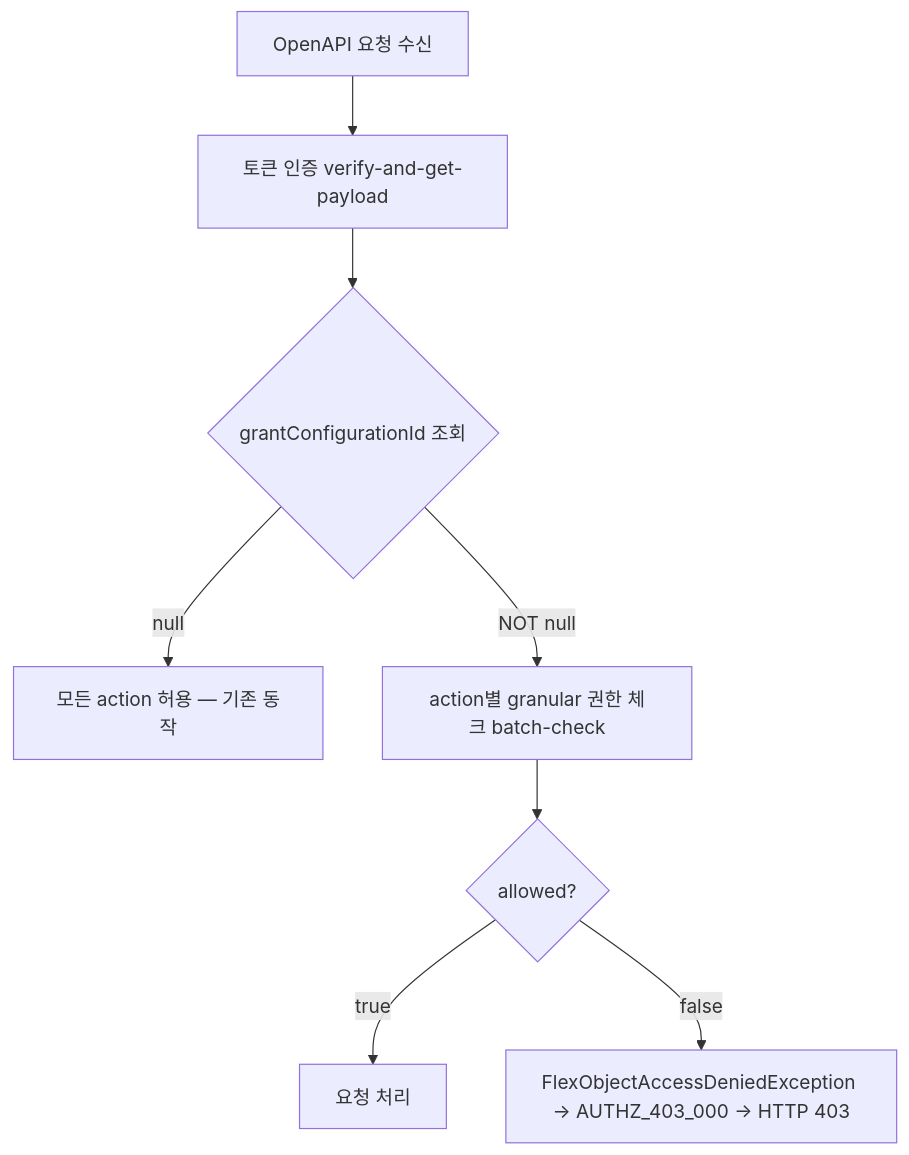
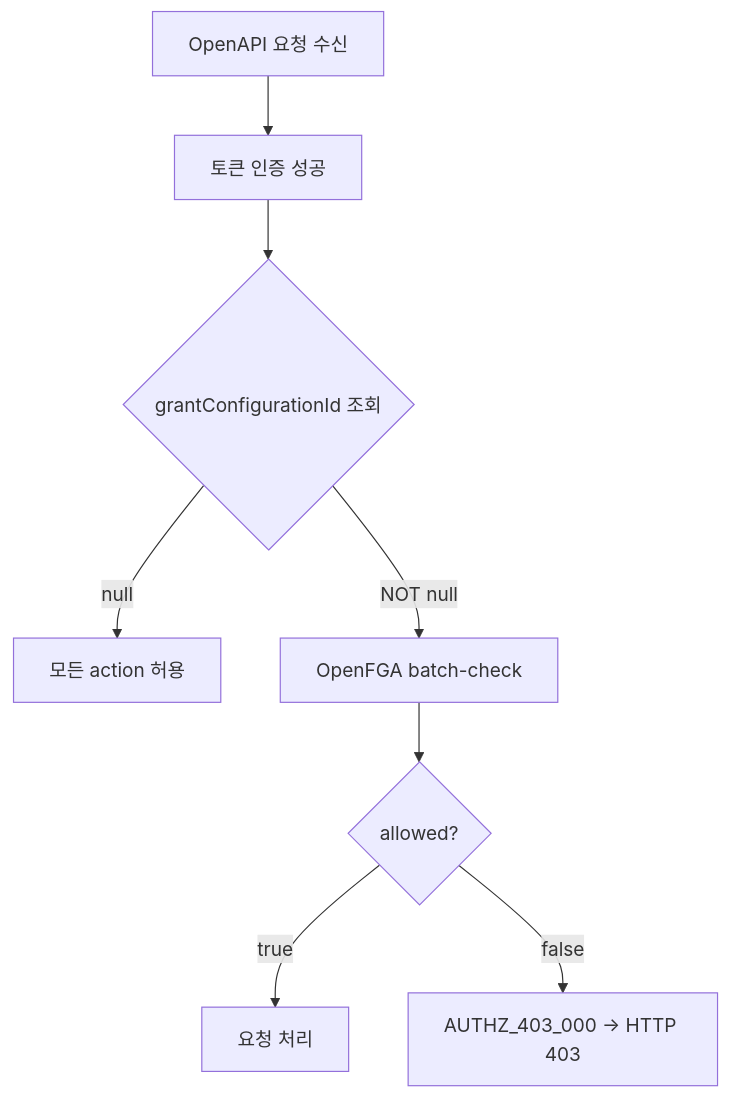
Before and after one commit to flex-team/flex-oncall: the diagram in brain/notes/archive/CI-4270.md, drawn with Mermaid. The commit also changed other lines of this file and 9 other files, not shown here.

````diff
--- a/brain/notes/archive/CI-4270.md
+++ b/brain/notes/archive/CI-4270.md
@@ -47,10 +26,10 @@
 ```mermaid
 flowchart TD
-    A[OpenAPI 요청 수신] --> B[토큰 인증 verify-and-get-payload]
+    A[OpenAPI 요청 수신] --> B[토큰 인증 성공]
     B --> C{grantConfigurationId 조회}
-    C -->|null| D[모든 action 허용 — 기존 동작]
-    C -->|NOT null| E[action별 granular 권한 체크 batch-check]
+    C -->|null| D[모든 action 허용]
+    C -->|NOT null| E[OpenFGA batch-check]
     E --> F{allowed?}
     F -->|true| G[요청 처리]
-    F -->|false| H[FlexObjectAccessDeniedException → AUTHZ_403_000 → HTTP 403]
+    F -->|false| H[AUTHZ_403_000 → HTTP 403]
 ```
````
